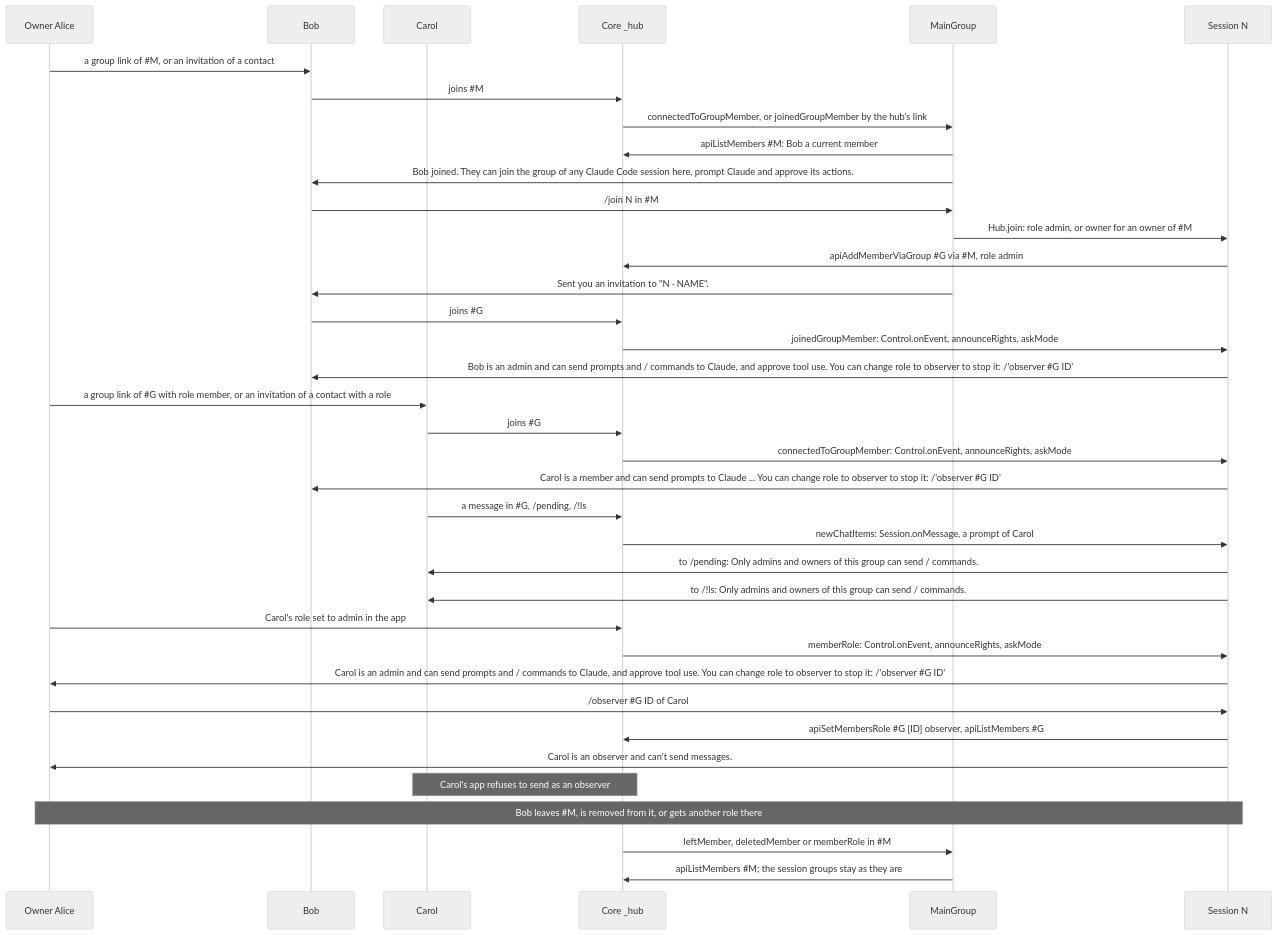
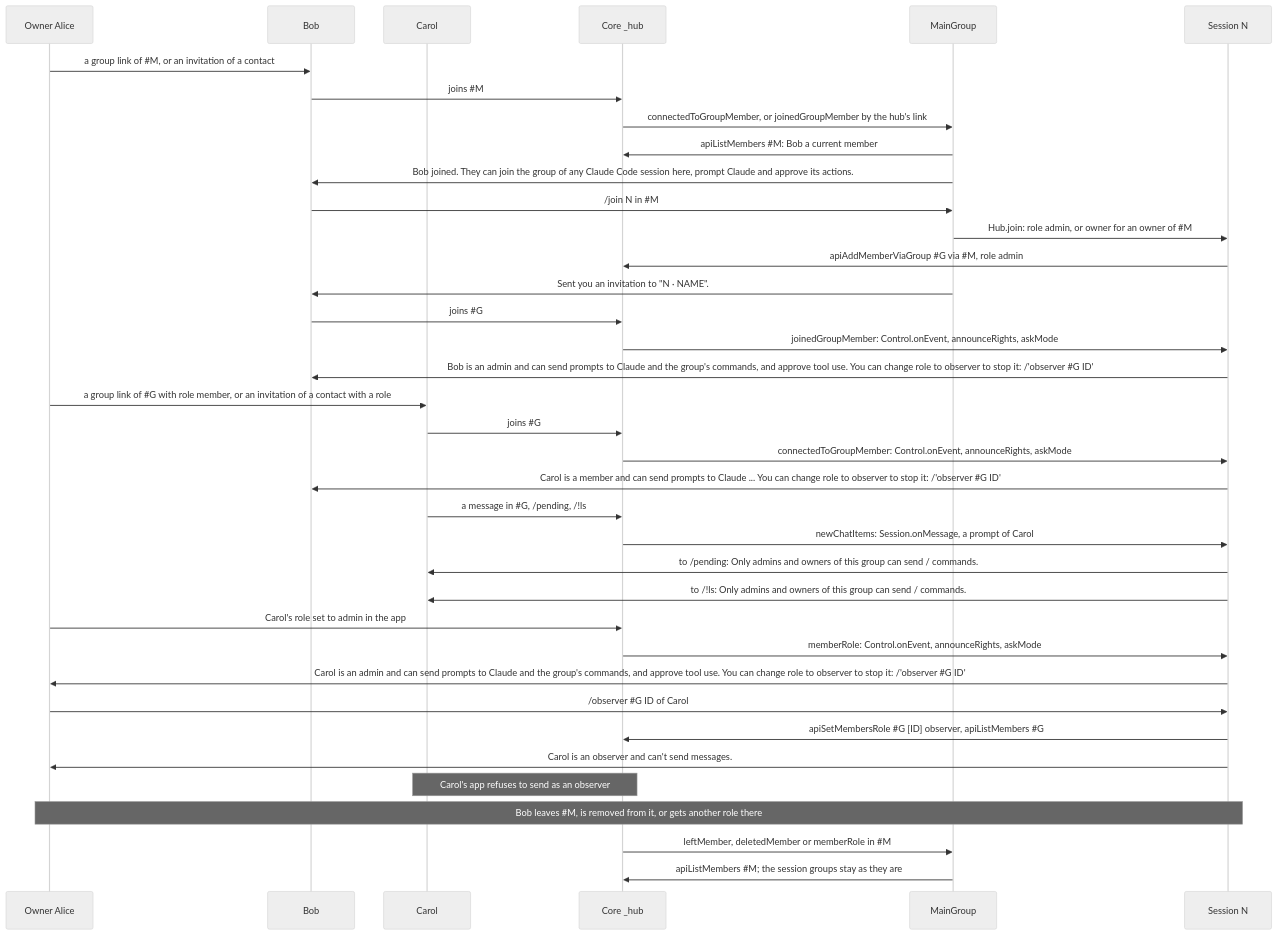
One commit to simplex-chat/simplex-chat changed diagram 28 of 30 in packages/simplex-chat-mcp/spec/flows.md. Above: the diagram before and after it, drawn with Mermaid (neutral theme). The commit also changed other lines of this file and 3 other files, not shown here.

````diff
--- a/packages/simplex-chat-mcp/spec/flows.md
+++ b/packages/simplex-chat-mcp/spec/flows.md
@@ -1218,39 +1216,39 @@
 ```mermaid
 sequenceDiagram
   participant A as Owner Alice
   participant B as Bob
   participant G as Carol
   participant C as Core _hub
   participant M as MainGroup
   participant N as Session N
   A->>B: a group link of #35;M, or an invitation of a contact
   B->>C: joins #35;M
   C->>M: connectedToGroupMember, or joinedGroupMember by the hub's link
   M->>C: apiListMembers #35;M: Bob a current member
   M->>B: Bob joined. They can join the group of any Claude Code session here, prompt Claude and approve its actions.
   B->>M: /join N in #35;M
   M->>N: Hub.join: role admin, or owner for an owner of #35;M
   N->>C: apiAddMemberViaGroup #35;G via #35;M, role admin
   M->>B: Sent you an invitation to "N · NAME".
   B->>C: joins #35;G
   C->>N: joinedGroupMember: Control.onEvent, announceRights, askMode
-  N->>B: Bob is an admin and can send prompts and / commands to Claude, and approve tool use. You can change role to observer to stop it: /'observer #35;G ID'
+  N->>B: Bob is an admin and can send prompts to Claude and the group's commands, and approve tool use. You can change role to observer to stop it: /'observer #35;G ID'
   A->>G: a group link of #35;G with role member, or an invitation of a contact with a role
   G->>C: joins #35;G
   C->>N: connectedToGroupMember: Control.onEvent, announceRights, askMode
   N->>B: Carol is a member and can send prompts to Claude ... You can change role to observer to stop it: /'observer #35;G ID'
   G->>C: a message in #35;G, /pending, /!ls
   C->>N: newChatItems: Session.onMessage, a prompt of Carol
   N->>G: to /pending: Only admins and owners of this group can send / commands.
   N->>G: to /!ls: Only admins and owners of this group can send / commands.
   A->>C: Carol's role set to admin in the app
   C->>N: memberRole: Control.onEvent, announceRights, askMode
-  N->>A: Carol is an admin and can send prompts and / commands to Claude, and approve tool use. You can change role to observer to stop it: /'observer #35;G ID'
+  N->>A: Carol is an admin and can send prompts to Claude and the group's commands, and approve tool use. You can change role to observer to stop it: /'observer #35;G ID'
   A->>N: /observer #35;G ID of Carol
   N->>C: apiSetMembersRole #35;G [ID] observer, apiListMembers #35;G
   N->>A: Carol is an observer and can't send messages.
   Note over G,C: Carol's app refuses to send as an observer
   Note over A,N: Bob leaves #35;M, is removed from it, or gets another role there
   C->>M: leftMember, deletedMember or memberRole in #35;M
   M->>C: apiListMembers #35;M#59; the session groups stay as they are
 ```
````
